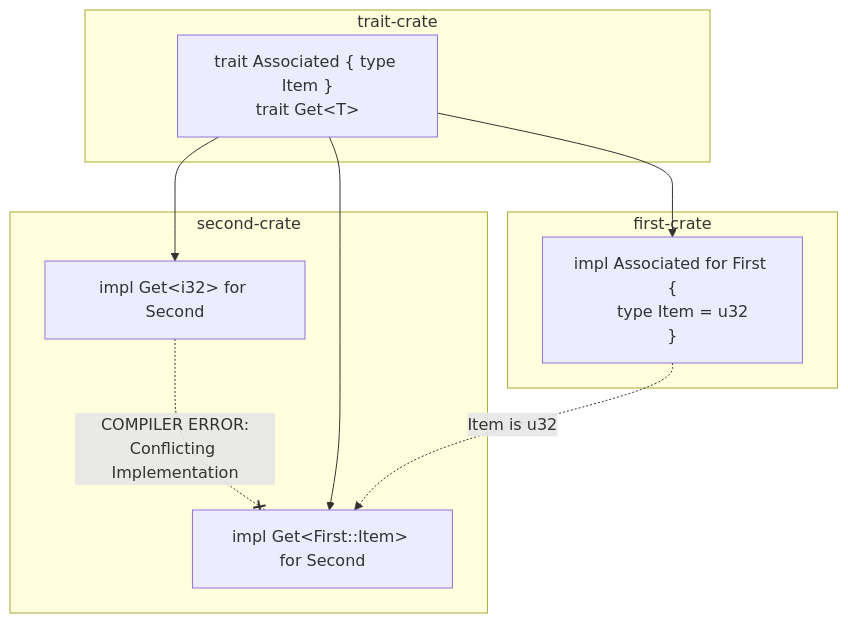
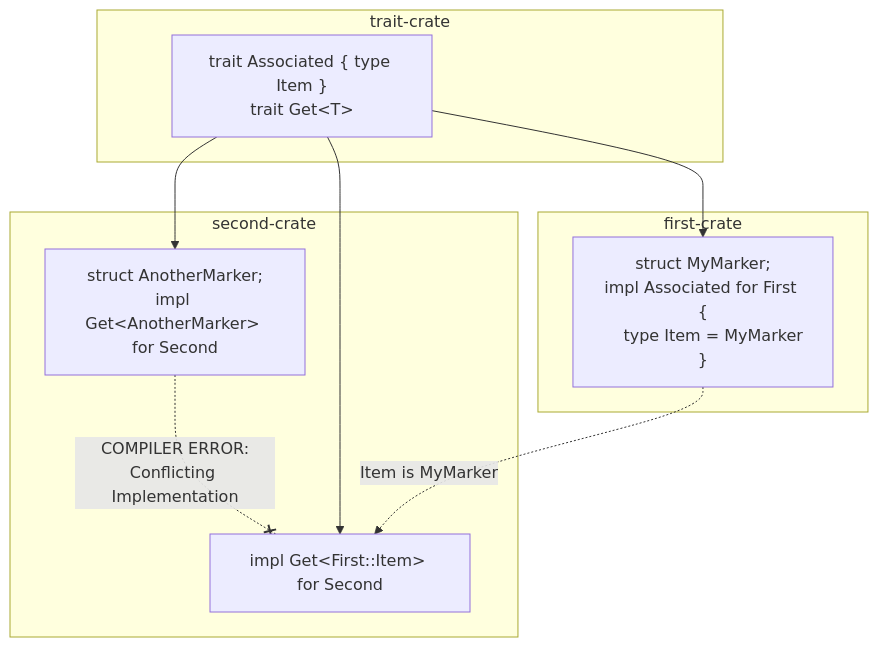
The diagram in README.md (LucaCappelletti94/crate-trait-collisions), drawn with Mermaid before and after one commit. The commit also changed other lines of this file and 2 other files, not shown here.

Commit message:
Added local marker structs

````diff
--- a/README.md
+++ b/README.md
@@ -44,22 +44,22 @@
 ```mermaid
 graph TD
     subgraph "trait-crate"
         Def["trait Associated { type Item }<br/>trait Get&lt;T&gt;"]
     end
 
     subgraph "first-crate"
-        ImplFirst["impl Associated for First {<br/>    type Item = u32<br/>}"]
+        ImplFirst["struct MyMarker;<br/>impl Associated for First {<br/>    type Item = MyMarker<br/>}"]
     end
 
     subgraph "second-crate"
-        ImplA[impl Get&lt;i32&gt; for Second]
-        ImplB[impl Get&lt;First::Item&gt; for Second]
+        ImplA["struct AnotherMarker;<br/>impl Get&lt;AnotherMarker&gt; for Second"]
+        ImplB["impl Get&lt;First::Item&gt; for Second"]
         
         ImplA -.-x|COMPILER ERROR:<br/>Conflicting Implementation| ImplB
     end
 
     Def --> ImplFirst
     Def --> ImplA
     Def --> ImplB
-    ImplFirst -.->|Item is u32| ImplB
+    ImplFirst -.->|Item is MyMarker| ImplB
 ```
````
